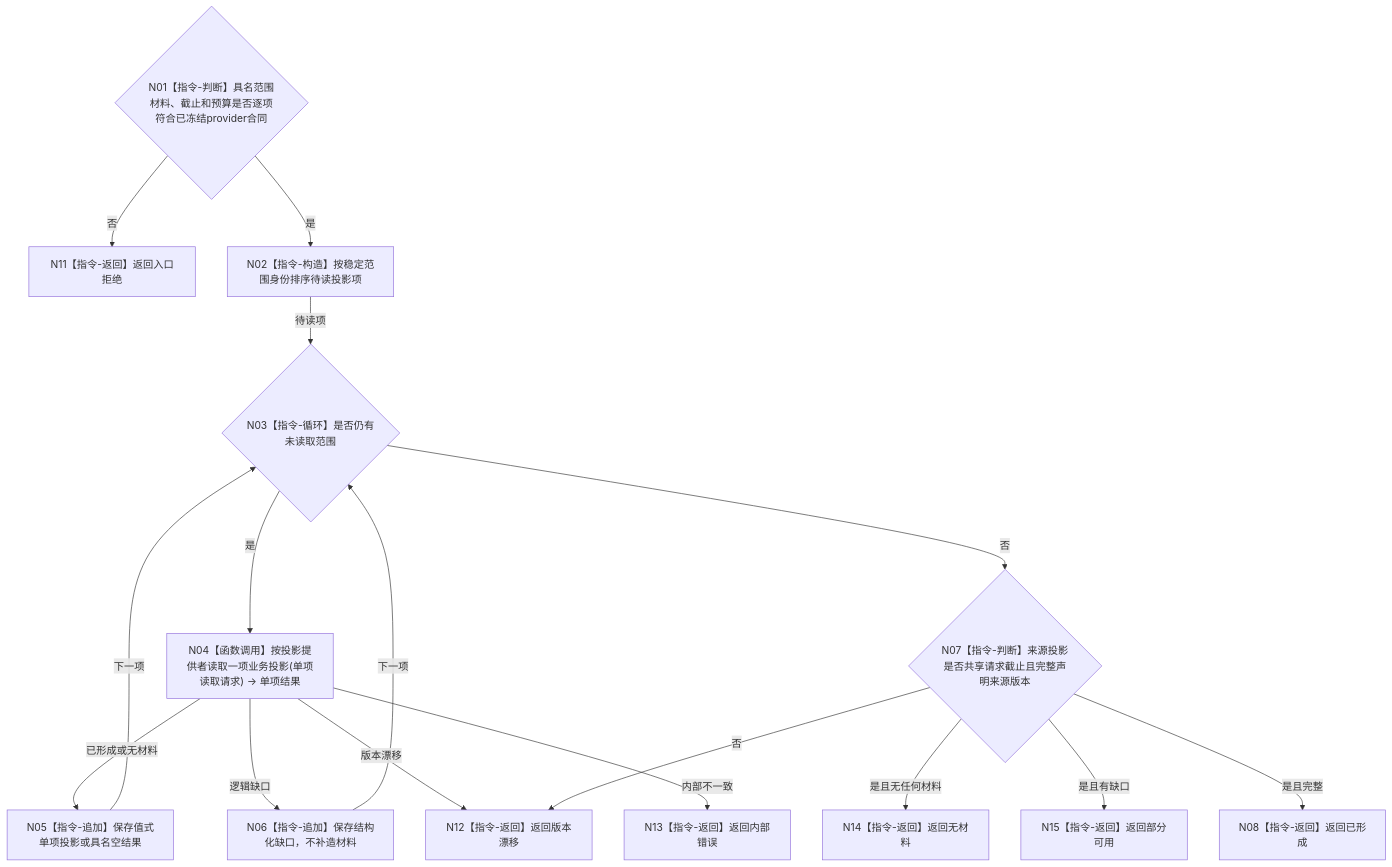
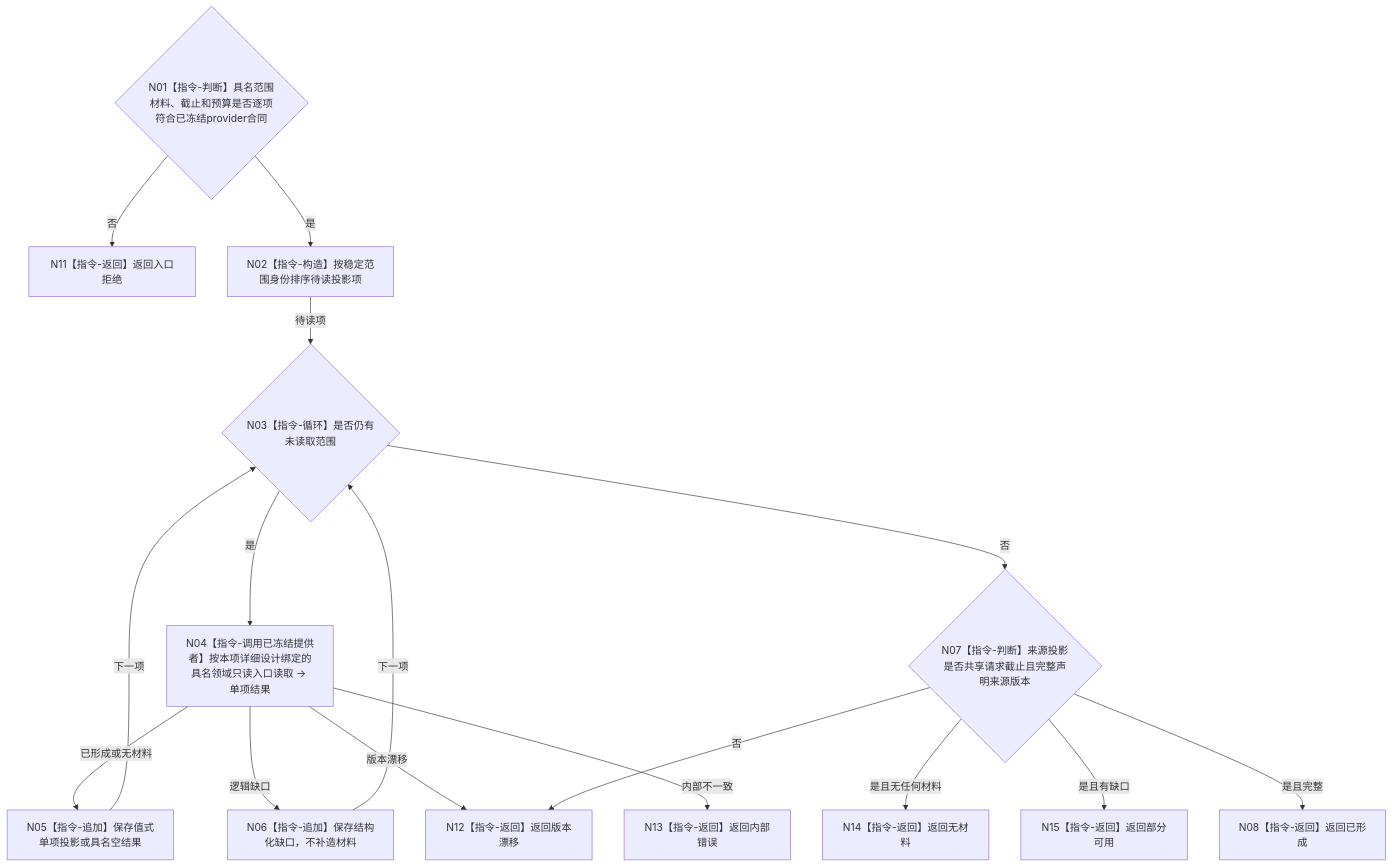
The diagram in 流程图/目标业务流程图/L3/BIZ-L3-005-03-01_读取具名业务投影_目标函数流程图_v0.2.md (chunhaizh-cyber/HY-Ego), drawn with Mermaid before and after one commit. The commit also changed other lines of this file and 29 other files, not shown here.

Commit message:
校正 BIZ-L2-005 控制面板流程图

````diff
--- a/流程图/目标业务流程图/L3/BIZ-L3-005-03-01_读取具名业务投影_目标函数流程图_v0.2.md
+++ b/流程图/目标业务流程图/L3/BIZ-L3-005-03-01_读取具名业务投影_目标函数流程图_v0.2.md
@@ -31,18 +31,18 @@
 ```mermaid
 flowchart TD
     N01{"N01【指令-判断】具名范围材料、截止和预算是否逐项符合已冻结provider合同"} -->|否| N11["N11【指令-返回】返回入口拒绝"]
     N01 -->|是| N02["N02【指令-构造】按稳定范围身份排序待读投影项"]
     N02 -->|待读项| N03{"N03【指令-循环】是否仍有未读取范围"}
-    N03 -->|是| N04["N04【函数调用】按投影提供者读取一项业务投影(单项读取请求) -> 单项结果"]
+    N03 -->|是| N04["N04【指令-调用已冻结提供者】按本项详细设计绑定的具名领域只读入口读取 -> 单项结果"]
     N04 -->|已形成或无材料| N05["N05【指令-追加】保存值式单项投影或具名空结果"]
     N04 -->|逻辑缺口| N06["N06【指令-追加】保存结构化缺口，不补造材料"]
     N04 -->|版本漂移| N12["N12【指令-返回】返回版本漂移"]
     N04 -->|内部不一致| N13["N13【指令-返回】返回内部错误"]
     N05 -->|下一项| N03
     N06 -->|下一项| N03
     N03 -->|否| N07{"N07【指令-判断】来源投影是否共享请求截止且完整声明来源版本"}
     N07 -->|否| N12
     N07 -->|是且无任何材料| N14["N14【指令-返回】返回无材料"]
     N07 -->|是且有缺口| N15["N15【指令-返回】返回部分可用"]
     N07 -->|是且完整| N08["N08【指令-返回】返回已形成"]
 ```
````
